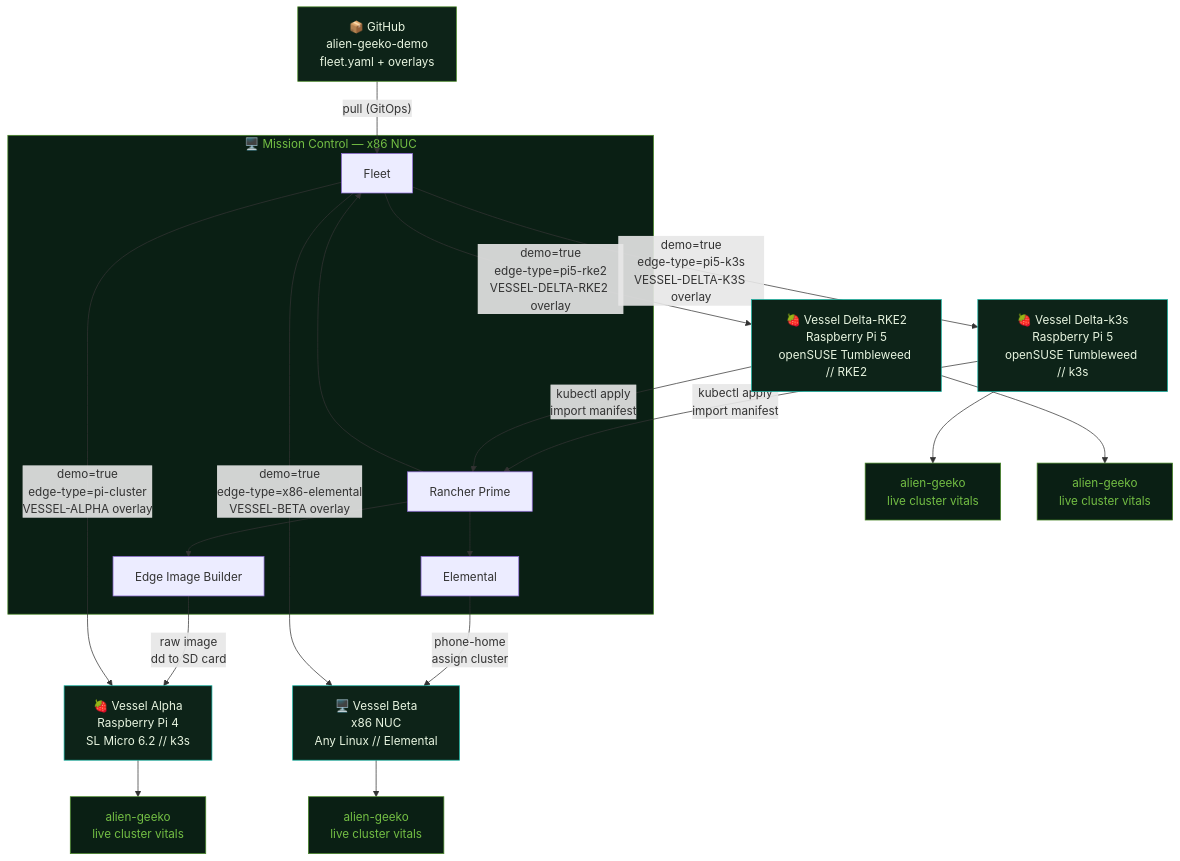
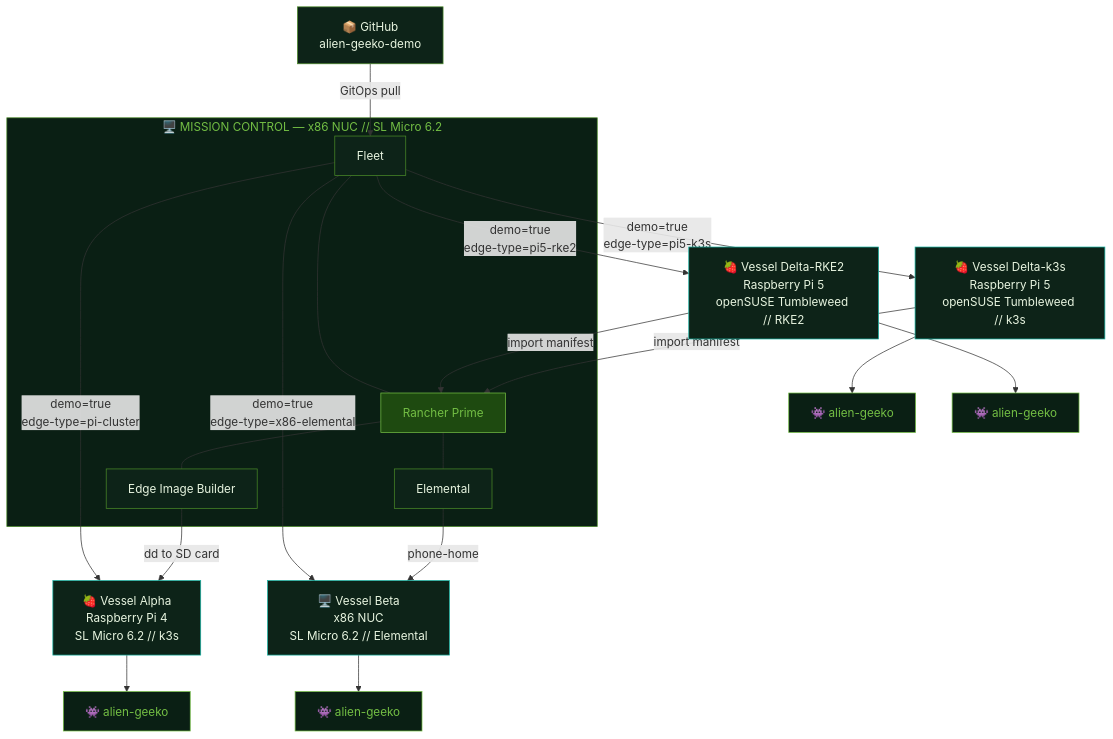
One commit to avaleror/alien-geeko-demo changed the diagram in docs/architecture.mmd. Above: the diagram before and after it, drawn with Mermaid. The commit also changed 3 other files, not shown here.

Commit message:
Update x86 NUCs to SL Micro 6.2, simplify architecture diagram

```diff
--- a/docs/architecture.mmd
+++ b/docs/architecture.mmd
@@ -1,45 +1,50 @@
 flowchart TD
-    GH["📦 GitHub\nalien-geeko-demo\nfleet.yaml + overlays"]
+    GH["📦 GitHub\nalien-geeko-demo"]
 
-    subgraph MC["🖥️ Mission Control — x86 NUC"]
-        Rancher["Rancher Prime"]
-        Fleet["Fleet"]
-        Elemental["Elemental"]
-        EIB["Edge Image Builder"]
-        Rancher --> Fleet
-        Rancher --> Elemental
-        Rancher --> EIB
+    subgraph MC["🖥️  MISSION CONTROL — x86 NUC // SL Micro 6.2"]
+        RP["Rancher Prime"]
+        FL["Fleet"]
+        EL["Elemental"]
+        EB["Edge Image Builder"]
     end
 
-    GH -->|"pull (GitOps)"| Fleet
+    GH -->|"GitOps pull"| FL
 
-    EIB -->|"raw image\ndd to SD card"| VA
-    Elemental -->|"phone-home\nassign cluster"| VB
-    VDK -->|"kubectl apply\nimport manifest"| Rancher
-    VDR -->|"kubectl apply\nimport manifest"| Rancher
-
-    Fleet -->|"demo=true\nedge-type=pi-cluster\nVESSEL-ALPHA overlay"| VA
-    Fleet -->|"demo=true\nedge-type=x86-elemental\nVESSEL-BETA overlay"| VB
-    Fleet -->|"demo=true\nedge-type=pi5-k3s\nVESSEL-DELTA-K3S overlay"| VDK
-    Fleet -->|"demo=true\nedge-type=pi5-rke2\nVESSEL-DELTA-RKE2 overlay"| VDR
+    RP --- FL
+    RP --- EL
+    RP --- EB
 
     VA["🍓 Vessel Alpha\nRaspberry Pi 4\nSL Micro 6.2 // k3s"]
-    VB["🖥️ Vessel Beta\nx86 NUC\nAny Linux // Elemental"]
+    VB["🖥️  Vessel Beta\nx86 NUC\nSL Micro 6.2 // Elemental"]
     VDK["🍓 Vessel Delta-k3s\nRaspberry Pi 5\nopenSUSE Tumbleweed // k3s"]
     VDR["🍓 Vessel Delta-RKE2\nRaspberry Pi 5\nopenSUSE Tumbleweed // RKE2"]
 
-    VA --> APP1["alien-geeko\nlive cluster vitals"]
-    VB --> APP2["alien-geeko\nlive cluster vitals"]
-    VDK --> APP3["alien-geeko\nlive cluster vitals"]
-    VDR --> APP4["alien-geeko\nlive cluster vitals"]
+    EB -->|"dd to SD card"| VA
+    EL -->|"phone-home"| VB
+    VDK -->|"import manifest"| RP
+    VDR -->|"import manifest"| RP
+
+    FL -->|"demo=true\nedge-type=pi-cluster"| VA
+    FL -->|"demo=true\nedge-type=x86-elemental"| VB
+    FL -->|"demo=true\nedge-type=pi5-k3s"| VDK
+    FL -->|"demo=true\nedge-type=pi5-rke2"| VDR
+
+    VA --> GA["👾 alien-geeko"]
+    VB --> GB["👾 alien-geeko"]
+    VDK --> GK["👾 alien-geeko"]
+    VDR --> GR["👾 alien-geeko"]
 
     style MC fill:#0A1F14,stroke:#4A8A28,color:#73BE44
     style GH fill:#0D2318,stroke:#4A8A28,color:#E8F5E0
+    style RP fill:#1E4A10,stroke:#73BE44,color:#73BE44
+    style FL fill:#0D2318,stroke:#4A8A28,color:#E8F5E0
+    style EL fill:#0D2318,stroke:#4A8A28,color:#E8F5E0
+    style EB fill:#0D2318,stroke:#4A8A28,color:#E8F5E0
     style VA fill:#0D2318,stroke:#17B3A3,color:#E8F5E0
     style VB fill:#0D2318,stroke:#17B3A3,color:#E8F5E0
     style VDK fill:#0D2318,stroke:#17B3A3,color:#E8F5E0
     style VDR fill:#0D2318,stroke:#17B3A3,color:#E8F5E0
-    style APP1 fill:#0A1F14,stroke:#4A8A28,color:#73BE44
-    style APP2 fill:#0A1F14,stroke:#4A8A28,color:#73BE44
-    style APP3 fill:#0A1F14,stroke:#4A8A28,color:#73BE44
-    style APP4 fill:#0A1F14,stroke:#4A8A28,color:#73BE44
+    style GA fill:#0A1F14,stroke:#73BE44,color:#73BE44
+    style GB fill:#0A1F14,stroke:#73BE44,color:#73BE44
+    style GK fill:#0A1F14,stroke:#73BE44,color:#73BE44
+    style GR fill:#0A1F14,stroke:#73BE44,color:#73BE44
```
